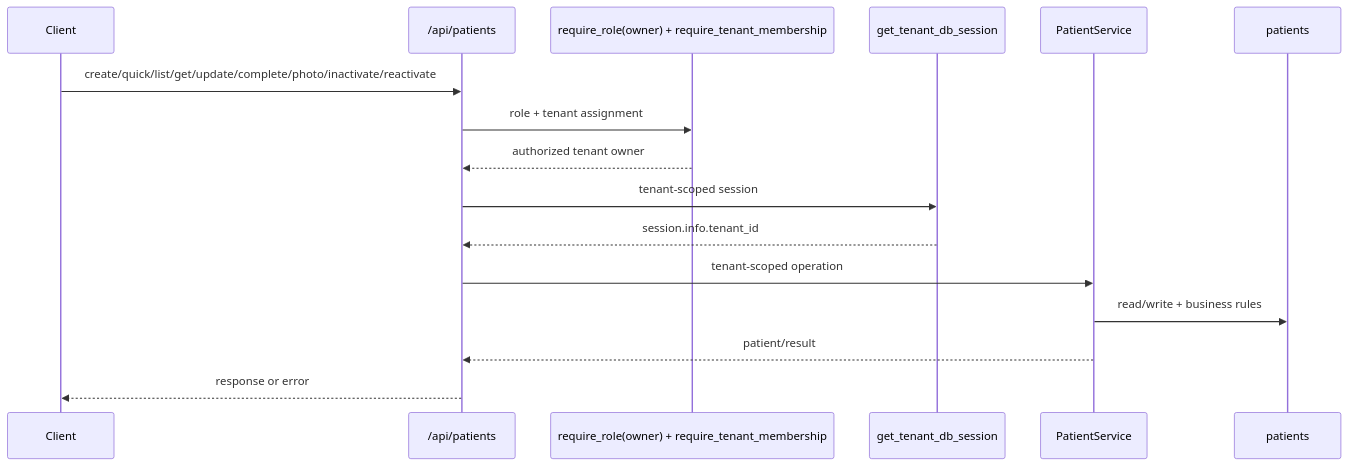
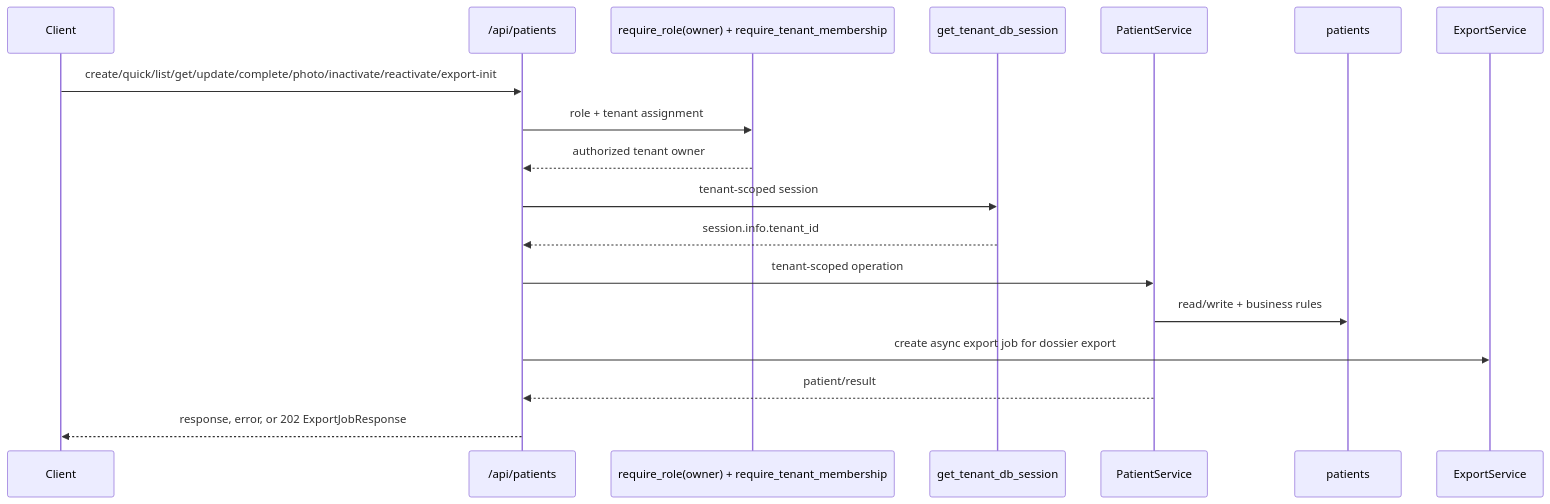
The first of 3 diagrams in docs/features/patient.md (adriangpo/mindflow-api), drawn with Mermaid before and after one commit. The commit also changed other lines of this file and 43 other files, not shown here.

````diff
--- a/docs/features/patient.md
+++ b/docs/features/patient.md
@@ -27,19 +32,21 @@
 ```mermaid
 sequenceDiagram
     participant Client
     participant Router as /api/patients
     participant Guard as require_role(owner) + require_tenant_membership
     participant TenantDB as get_tenant_db_session
     participant Service as PatientService
     participant DB as patients
+    participant Export as ExportService
 
-    Client->>Router: create/quick/list/get/update/complete/photo/inactivate/reactivate
+    Client->>Router: create/quick/list/get/update/complete/photo/inactivate/reactivate/export-init
     Router->>Guard: role + tenant assignment
     Guard-->>Router: authorized tenant owner
     Router->>TenantDB: tenant-scoped session
     TenantDB-->>Router: session.info.tenant_id
     Router->>Service: tenant-scoped operation
     Service->>DB: read/write + business rules
+    Router->>Export: create async export job for dossier export
     Service-->>Router: patient/result
-    Router-->>Client: response or error
+    Router-->>Client: response, error, or 202 ExportJobResponse
 ```
````
